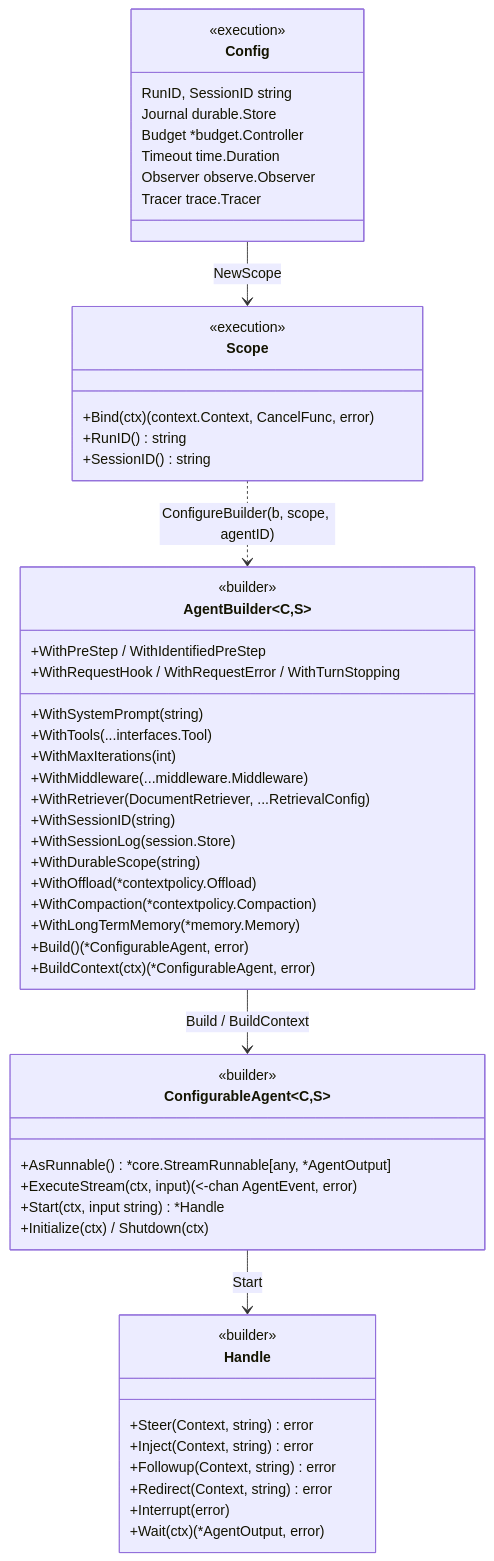
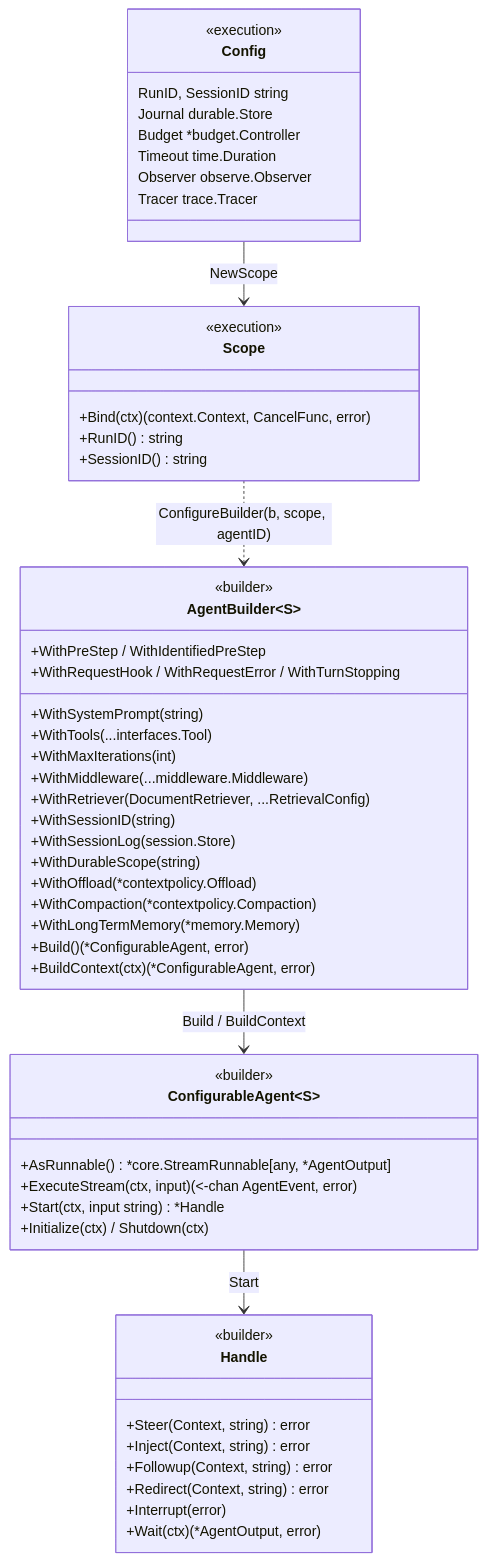
The first of 5 diagrams in docs/architecture/COMPONENT_DIAGRAM.md (kart-io/goagent), drawn with Mermaid before and after one commit. The commit also changed other lines of this file and 60 other files, not shown here.

````diff
--- a/docs/architecture/COMPONENT_DIAGRAM.md
+++ b/docs/architecture/COMPONENT_DIAGRAM.md
@@ -7,56 +7,56 @@
 ```mermaid
 classDiagram
-    class AgentBuilder~C,S~ {
+    class AgentBuilder~S~ {
         <<builder>>
         +WithSystemPrompt(string)
         +WithTools(...interfaces.Tool)
         +WithMaxIterations(int)
         +WithMiddleware(...middleware.Middleware)
         +WithRetriever(DocumentRetriever, ...RetrievalConfig)
         +WithSessionID(string)
         +WithSessionLog(session.Store)
         +WithDurableScope(string)
         +WithPreStep / WithIdentifiedPreStep
         +WithRequestHook / WithRequestError / WithTurnStopping
         +WithOffload(*contextpolicy.Offload)
         +WithCompaction(*contextpolicy.Compaction)
         +WithLongTermMemory(*memory.Memory)
         +Build() (*ConfigurableAgent, error)
         +BuildContext(ctx) (*ConfigurableAgent, error)
     }
-    class ConfigurableAgent~C,S~ {
+    class ConfigurableAgent~S~ {
         <<builder>>
         +AsRunnable() *core.StreamRunnable[any, *AgentOutput]
         +ExecuteStream(ctx, input) (<-chan AgentEvent, error)
         +Start(ctx, input string) *Handle
         +Initialize(ctx) / Shutdown(ctx)
     }
     class Handle {
         <<builder>>
         +Steer(Context, string) error
         +Inject(Context, string) error
         +Followup(Context, string) error
         +Redirect(Context, string) error
         +Interrupt(error)
         +Wait(ctx) (*AgentOutput, error)
     }
     class Scope {
         <<execution>>
         +Bind(ctx) (context.Context, CancelFunc, error)
         +RunID() string
         +SessionID() string
     }
     class Config {
         <<execution>>
         RunID, SessionID string
         Journal durable.Store
         Budget *budget.Controller
         Timeout time.Duration
         Observer observe.Observer
         Tracer trace.Tracer
     }
     AgentBuilder --> ConfigurableAgent : Build / BuildContext
     ConfigurableAgent --> Handle : Start
     Config --> Scope : NewScope
     Scope ..> AgentBuilder : ConfigureBuilder(b, scope, agentID)
 ```
````
